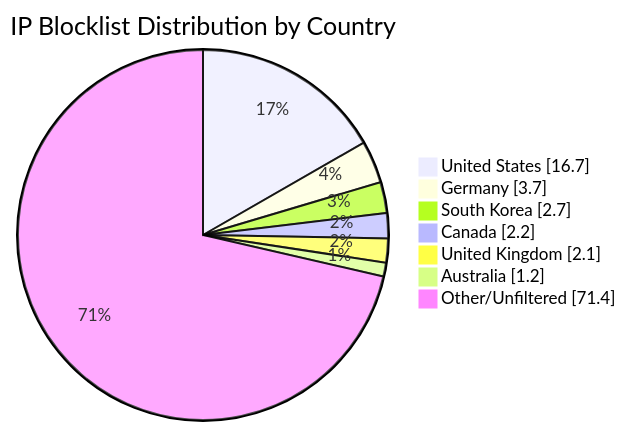
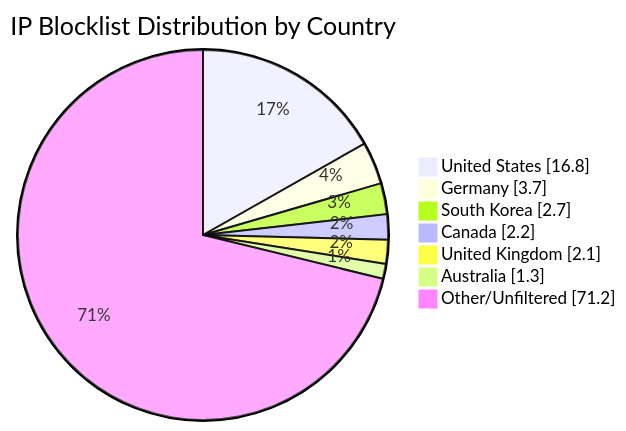
One commit to MarcusHoltz/ipblocklist-geofiltered-aggregator changed the diagram in README.md. Above: the diagram before and after it, drawn with Mermaid. The commit also changed other lines of this file and 9 other files, not shown here.

````diff
--- a/README.md
+++ b/README.md
@@ -34,10 +34,10 @@
 ```mermaid
 pie showData title IP Blocklist Distribution by Country
-"United States" : 16.7
+"United States" : 16.8
 "Germany" : 3.7
 "South Korea" : 2.7
 "Canada" : 2.2
 "United Kingdom" : 2.1
-"Australia" : 1.2
-"Other/Unfiltered" : 71.4
+"Australia" : 1.3
+"Other/Unfiltered" : 71.2
 ```
````
